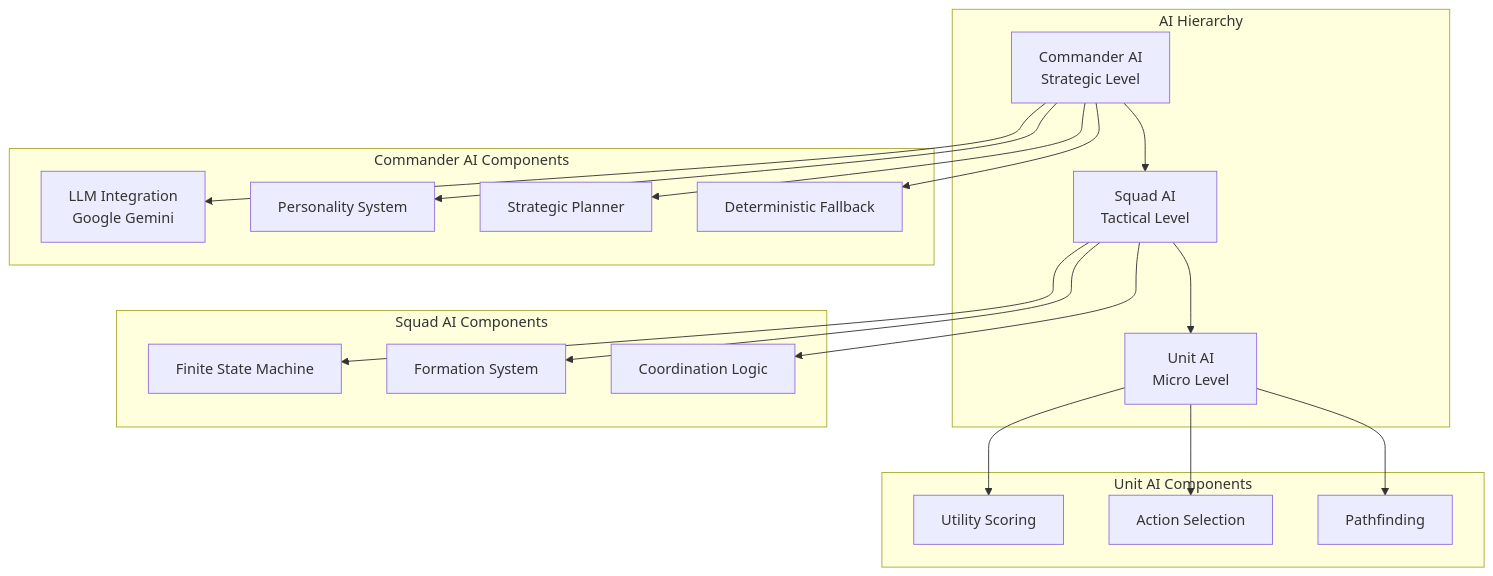
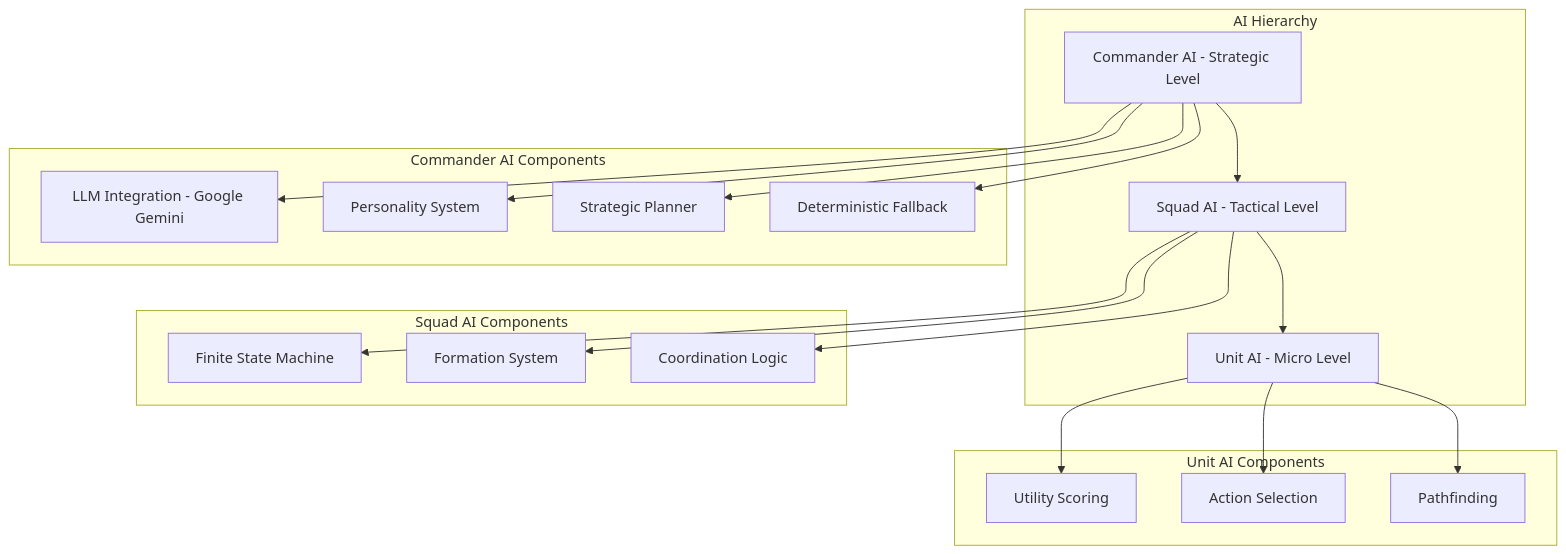
One commit to lucylow/quaternion changed diagram 13 of 16 in README.md. Above: the diagram before and after it, drawn with Mermaid. The commit also changed other lines of this file and 3 other files, not shown here.

````diff
--- a/README.md
+++ b/README.md
@@ -508,43 +645,43 @@
 ```mermaid
 graph TB
     subgraph "AI Hierarchy"
-        Commander[Commander AI<br/>Strategic Level]
-        Squad[Squad AI<br/>Tactical Level]
-        Unit[Unit AI<br/>Micro Level]
+        Commander["Commander AI - Strategic Level"]
+        Squad["Squad AI - Tactical Level"]
+        Unit["Unit AI - Micro Level"]
     end
     
     subgraph "Commander AI Components"
-        LLM[LLM Integration<br/>Google Gemini]
-        Personality[Personality System]
-        Strategy[Strategic Planner]
-        Fallback[Deterministic Fallback]
+        LLM["LLM Integration - Google Gemini"]
+        Personality["Personality System"]
+        Strategy["Strategic Planner"]
+        Fallback["Deterministic Fallback"]
     end
     
     subgraph "Squad AI Components"
-        FSM[Finite State Machine]
-        Formation[Formation System]
-        Coordination[Coordination Logic]
+        FSM["Finite State Machine"]
+        Formation["Formation System"]
+        Coordination["Coordination Logic"]
     end
     
     subgraph "Unit AI Components"
-        Utility[Utility Scoring]
-        Actions[Action Selection]
-        Pathfinding[Pathfinding]
+        Utility["Utility Scoring"]
+        Actions["Action Selection"]
+        Pathfinding["Pathfinding"]
     end
     
     Commander --> LLM
     Commander --> Personality
     Commander --> Strategy
     Commander --> Fallback
     
     Squad --> FSM
     Squad --> Formation
     Squad --> Coordination
     
     Unit --> Utility
     Unit --> Actions
     Unit --> Pathfinding
     
     Commander --> Squad
     Squad --> Unit
 ```
````
